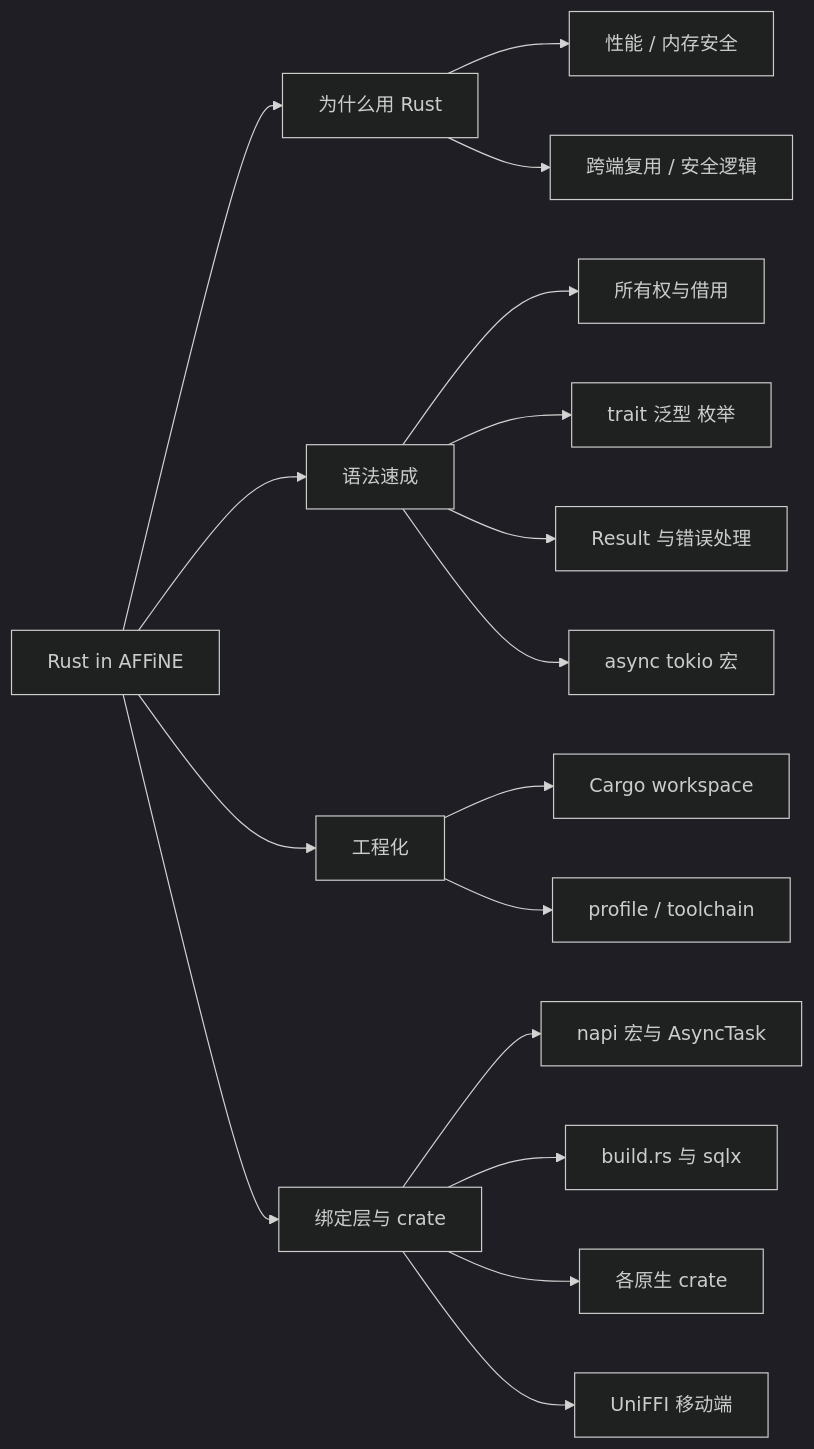
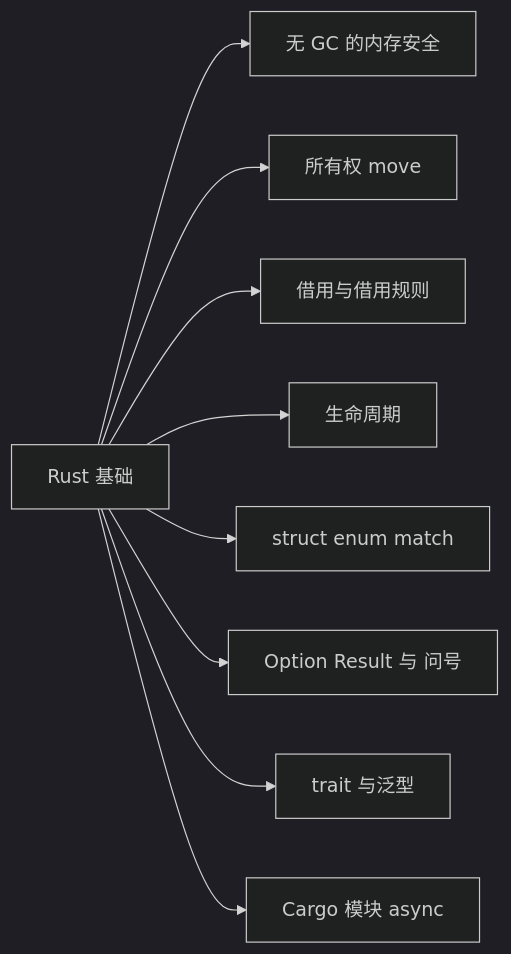
Before and after one commit to lfire/AFFiNE: the diagram in learning-guide/slides/decks/07.md, drawn with Mermaid (dark theme). The commit also changed other lines of this file and 73 other files, not shown here.

````diff
--- a/learning-guide/slides/decks/07.md
+++ b/learning-guide/slides/decks/07.md
@@ -29,19 +27,11 @@
 ```mermaid
 flowchart LR
-  ROOT["Rust in AFFiNE"] --> W["为什么用 Rust"]
-  ROOT --> G["语法速成"]
-  ROOT --> E["工程化"]
-  ROOT --> B["绑定层与 crate"]
-  W --> W1["性能 / 内存安全"]
-  W --> W2["跨端复用 / 安全逻辑"]
-  G --> G1["所有权与借用"]
-  G --> G2["trait 泛型 枚举"]
-  G --> G3["Result 与错误处理"]
-  G --> G4["async tokio 宏"]
-  E --> E1["Cargo workspace"]
-  E --> E2["profile / toolchain"]
-  B --> B1["napi 宏与 AsyncTask"]
-  B --> B2["build.rs 与 sqlx"]
-  B --> B3["各原生 crate"]
-  B --> B4["UniFFI 移动端"]
+  A["Rust 基础"] --> B["无 GC 的内存安全"]
+  A --> C["所有权 move"]
+  A --> D["借用与借用规则"]
+  A --> E["生命周期"]
+  A --> F["struct enum match"]
+  A --> G["Option Result 与 问号"]
+  A --> H["trait 与泛型"]
+  A --> I["Cargo 模块 async"]
 ```
````
